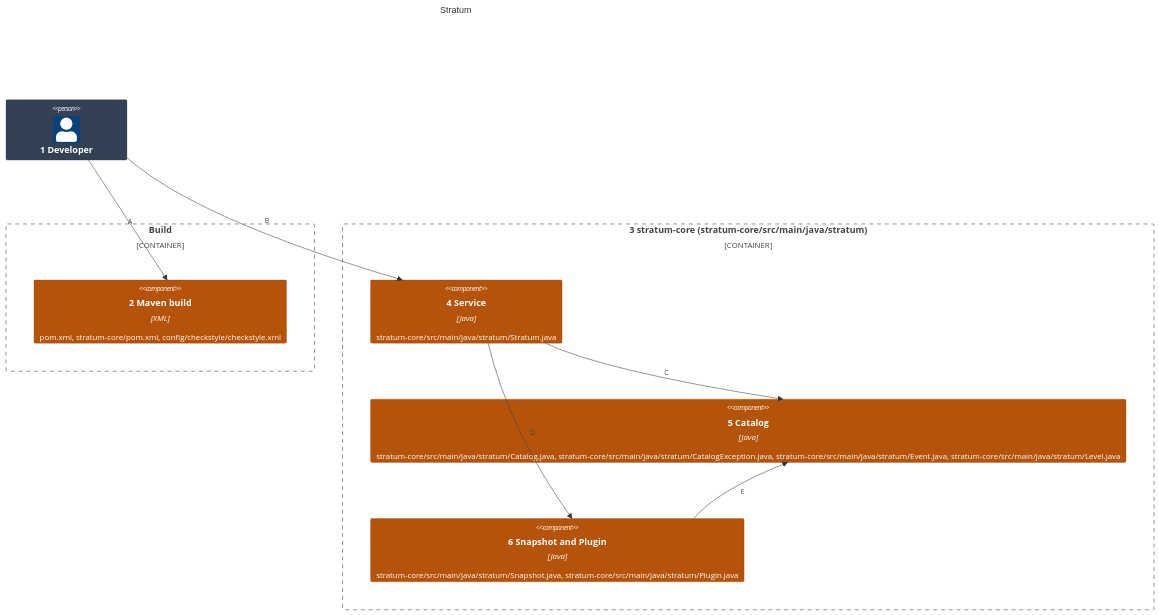
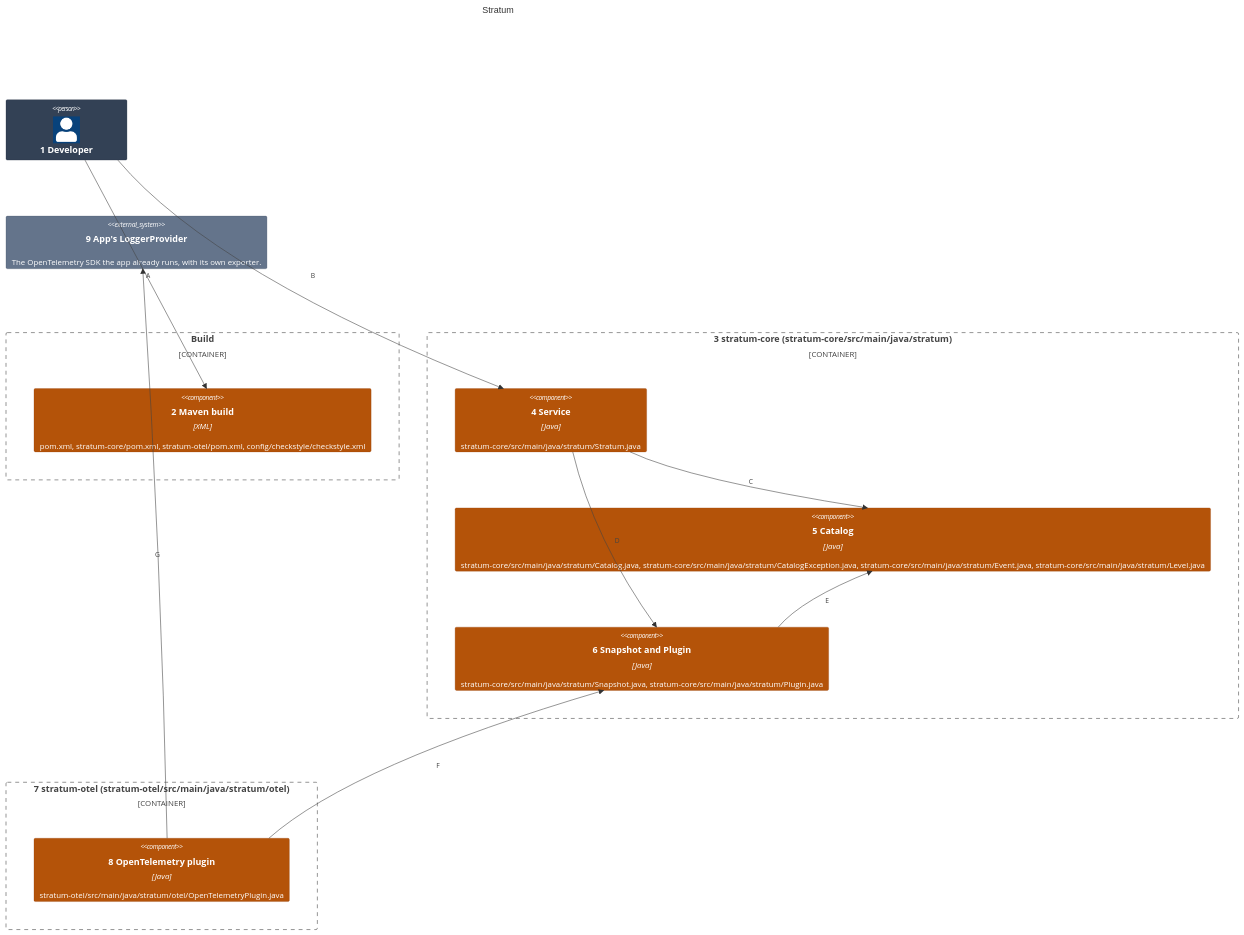
The first of 2 diagrams in docs/architecture/03-components.md (may-journal/Stratum-Observability-Java), drawn with Mermaid before and after one commit. The commit also changed other lines of this file and 8 other files, not shown here.

First line of the commit message:
feat(otel): add the stratum-otel OpenTelemetry plugin (#2)

````diff
--- a/docs/architecture/03-components.md
+++ b/docs/architecture/03-components.md
@@ -5,28 +5,38 @@
 ```mermaid
 C4Component
     title Stratum
 
     Person(dev, "1 Developer")
 
     Container_Boundary(build, "Build") {
-        Component(poms, "2 Maven build", "XML", "pom.xml, stratum-core/pom.xml, config/checkstyle/checkstyle.xml")
+        Component(poms, "2 Maven build", "XML", "pom.xml, stratum-core/pom.xml, stratum-otel/pom.xml, config/checkstyle/checkstyle.xml")
     }
 
     Container_Boundary(core, "3 stratum-core (stratum-core/src/main/java/stratum)") {
         Component(service, "4 Service", "Java", "stratum-core/src/main/java/stratum/Stratum.java")
         Component(catalog, "5 Catalog", "Java", "stratum-core/src/main/java/stratum/Catalog.java, stratum-core/src/main/java/stratum/CatalogException.java, stratum-core/src/main/java/stratum/Event.java, stratum-core/src/main/java/stratum/Level.java")
         Component(snapshot, "6 Snapshot and Plugin", "Java", "stratum-core/src/main/java/stratum/Snapshot.java, stratum-core/src/main/java/stratum/Plugin.java")
     }
 
+    Container_Boundary(otel, "7 stratum-otel (stratum-otel/src/main/java/stratum/otel)") {
+        Component(emitter, "8 OpenTelemetry plugin", "Java", "stratum-otel/src/main/java/stratum/otel/OpenTelemetryPlugin.java")
+    }
+
+    System_Ext(provider, "9 App's LoggerProvider", "The OpenTelemetry SDK the app already runs, with its own exporter.")
+
     Rel(dev, poms, "A")
     Rel(dev, service, "B")
     Rel(service, catalog, "C")
     Rel(service, snapshot, "D")
     Rel(snapshot, catalog, "E")
+    Rel(emitter, snapshot, "F")
+    Rel(emitter, provider, "G")
 
     UpdateElementStyle(dev, $bgColor="#334155", $borderColor="#1e293b", $fontColor="#ffffff")
     UpdateElementStyle(poms, $bgColor="#b45309", $borderColor="#92400e", $fontColor="#ffffff")
     UpdateElementStyle(service, $bgColor="#b45309", $borderColor="#92400e", $fontColor="#ffffff")
     UpdateElementStyle(catalog, $bgColor="#b45309", $borderColor="#92400e", $fontColor="#ffffff")
     UpdateElementStyle(snapshot, $bgColor="#b45309", $borderColor="#92400e", $fontColor="#ffffff")
+    UpdateElementStyle(emitter, $bgColor="#b45309", $borderColor="#92400e", $fontColor="#ffffff")
+    UpdateElementStyle(provider, $bgColor="#64748b", $borderColor="#475569", $fontColor="#ffffff")
 ```
````
